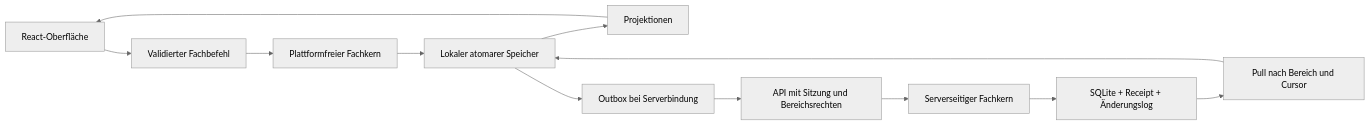
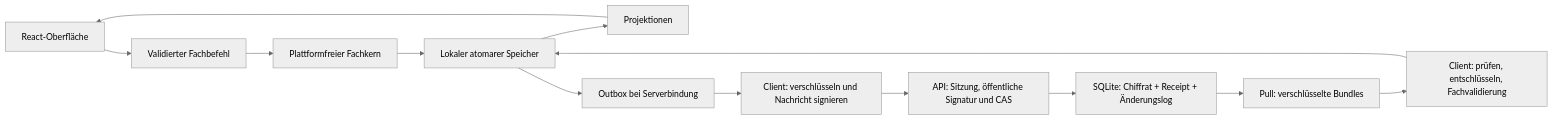
The diagram in docs/architecture.md (mpwg/WiMM), drawn with Mermaid (neutral theme) before and after one commit. The commit also changed other lines of this file and 9 other files, not shown here.

````diff
--- a/docs/architecture.md
+++ b/docs/architecture.md
@@ -33,14 +34,15 @@
 ```mermaid
 flowchart LR
   UI[React-Oberfläche] --> CMD[Validierter Fachbefehl]
   CMD --> DOMAIN[Plattformfreier Fachkern]
   DOMAIN --> LOCAL[Lokaler atomarer Speicher]
   LOCAL --> VIEW[Projektionen]
   VIEW --> UI
   LOCAL --> OUT[Outbox bei Serverbindung]
-  OUT --> API[API mit Sitzung und Bereichsrechten]
-  API --> VALID[Serverseitiger Fachkern]
-  VALID --> DB[SQLite + Receipt + Änderungslog]
-  DB --> PULL[Pull nach Bereich und Cursor]
-  PULL --> LOCAL
+  OUT --> ENC[Client: verschlüsseln und Nachricht signieren]
+  ENC --> API[API: Sitzung, öffentliche Signatur und CAS]
+  API --> DB[SQLite: Chiffrat + Receipt + Änderungslog]
+  DB --> PULL[Pull: verschlüsselte Bundles]
+  PULL --> DEC[Client: prüfen, entschlüsseln, Fachvalidierung]
+  DEC --> LOCAL
 ```
````
